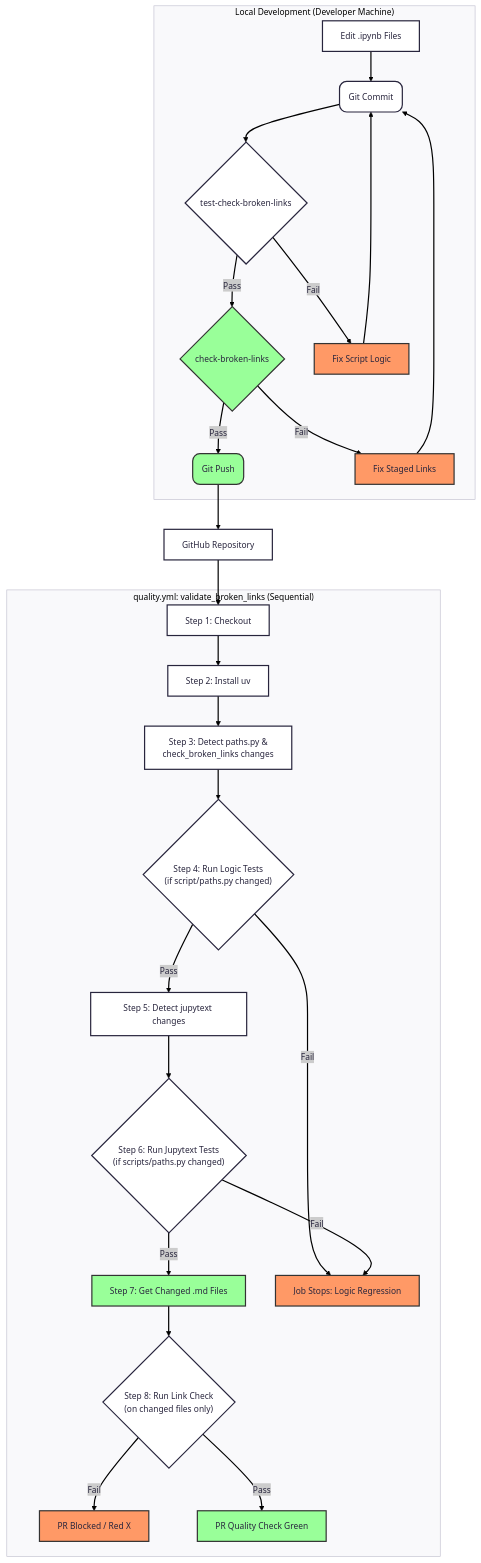
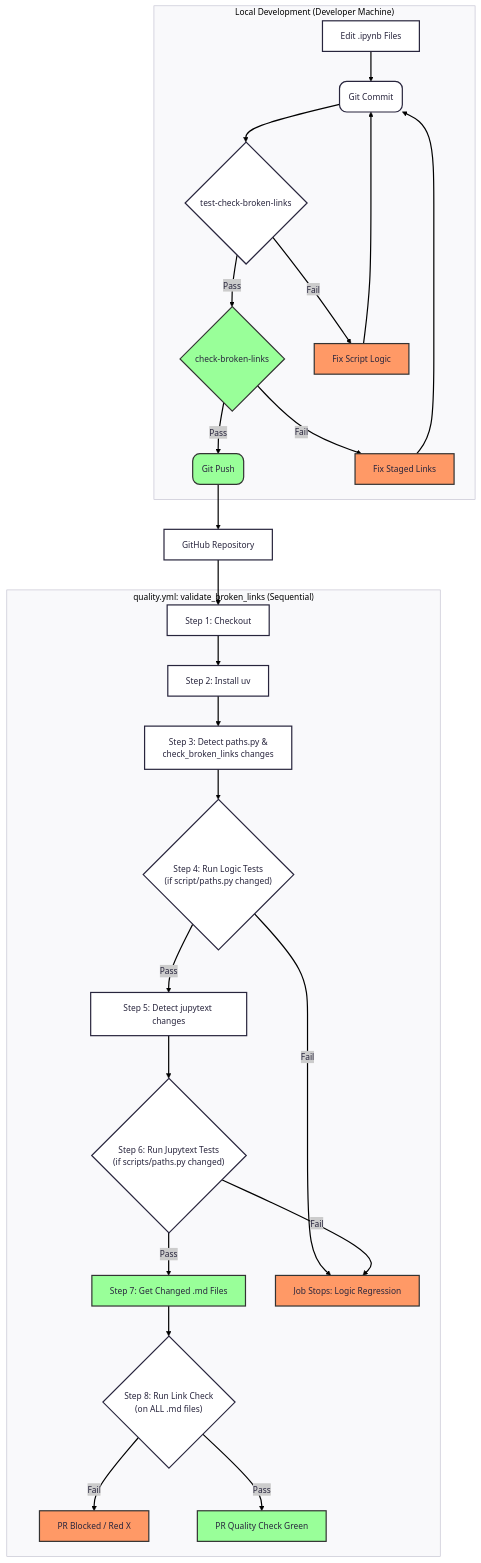
The diagram in tools/docs/scripts_instructions/check_broken_links_py_script.md (soviar-systems/ai_engineering_handbook), drawn with Mermaid before and after one commit. The commit also changed other lines of this file and 2 other files, not shown here.

First line of the commit message:
ci: Check ALL .md files for broken links in GH Actions

````diff
--- a/tools/docs/scripts_instructions/check_broken_links_py_script.md
+++ b/tools/docs/scripts_instructions/check_broken_links_py_script.md
@@ -282,65 +273,65 @@
 ```mermaid
 ---
 config:
   layout: dagre
   theme: redux
 ---
 flowchart TB
  subgraph Local_Dev["Local Development (Developer Machine)"]
         B["Git Commit"]
         A["Edit .ipynb Files"]
         C{"test-check-broken-links"}
         D{"check-broken-links"}
         E["Git Push"]
         C_Fix["Fix Script Logic"]
         D_Fix["Fix Staged Links"]
   end
  subgraph Quality_Job_Steps["quality.yml: validate_broken_links (Sequential)"]
         G1["Step 1: Checkout"]
         G2["Step 2: Install uv"]
         G3["Step 3: Detect paths.py &<br>check_broken_links changes"]
         G4{"Step 4: Run Logic Tests<br>(if script/paths.py changed)"}
         G5["Step 5: Detect jupytext changes"]
         G6{"Step 6: Run Jupytext Tests<br>(if scripts/paths.py changed)"}
         G7["Step 7: Get Changed .md Files"]
-        G8{"Step 8: Run Link Check<br>(on changed files only)"}
+        G8{"Step 8: Run Link Check<br>(on ALL .md files)"}
         H_Stop["Job Stops: Logic Regression"]
         J["PR Blocked / Red X"]
         K["PR Quality Check Green"]
   end
     A --> B
     B --> C
     C -- Pass --> D
     D -- Pass --> E
     C -- Fail --> C_Fix
     C_Fix --> B
     D -- Fail --> D_Fix
     D_Fix --> B
     E --> F["GitHub Repository"]
     G1 --> G2
     G2 --> G3
     G3 --> G4
     G4 -- Pass --> G5
     G4 -- Fail --> H_Stop
     G5 --> G6
     G6 -- Pass --> G7
     G6 -- Fail --> H_Stop
     G7 --> G8
     G8 -- Fail --> J
     G8 -- Pass --> K
     F --> G1
 
     B@{ shape: event}
     E@{ shape: event}
     G4@{ shape: decision}
     G6@{ shape: decision}
     G8@{ shape: decision}
     style D fill:#9f9,stroke:#333
     style E fill:#9f9,stroke:#333
     style C_Fix fill:#f96,stroke:#333
     style D_Fix fill:#f96,stroke:#333
     style G7 fill:#9f9,stroke:#333
     style H_Stop fill:#f96,stroke:#333
     style J fill:#f96,stroke:#333
     style K fill:#9f9,stroke:#333
 ```
````
